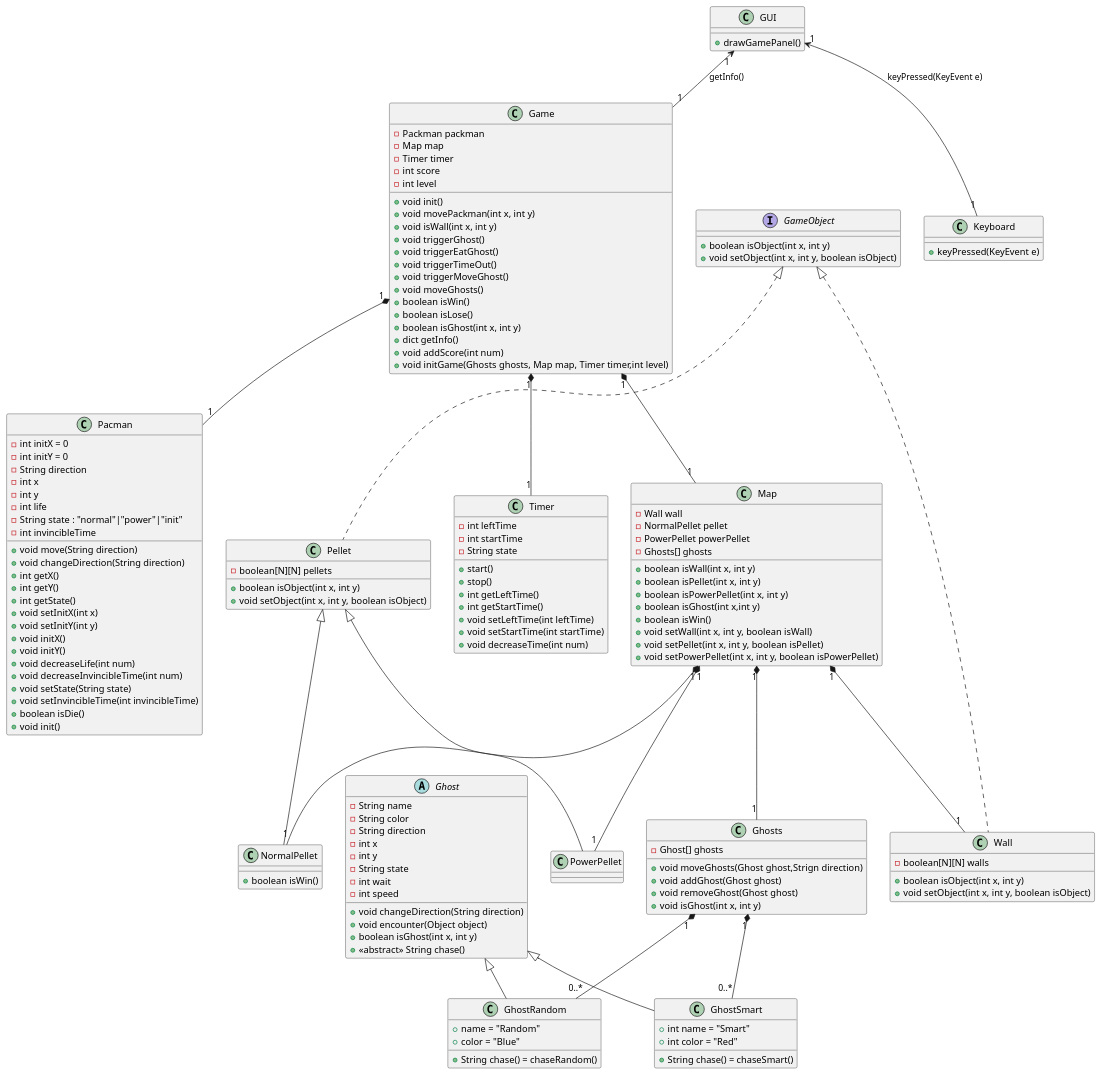
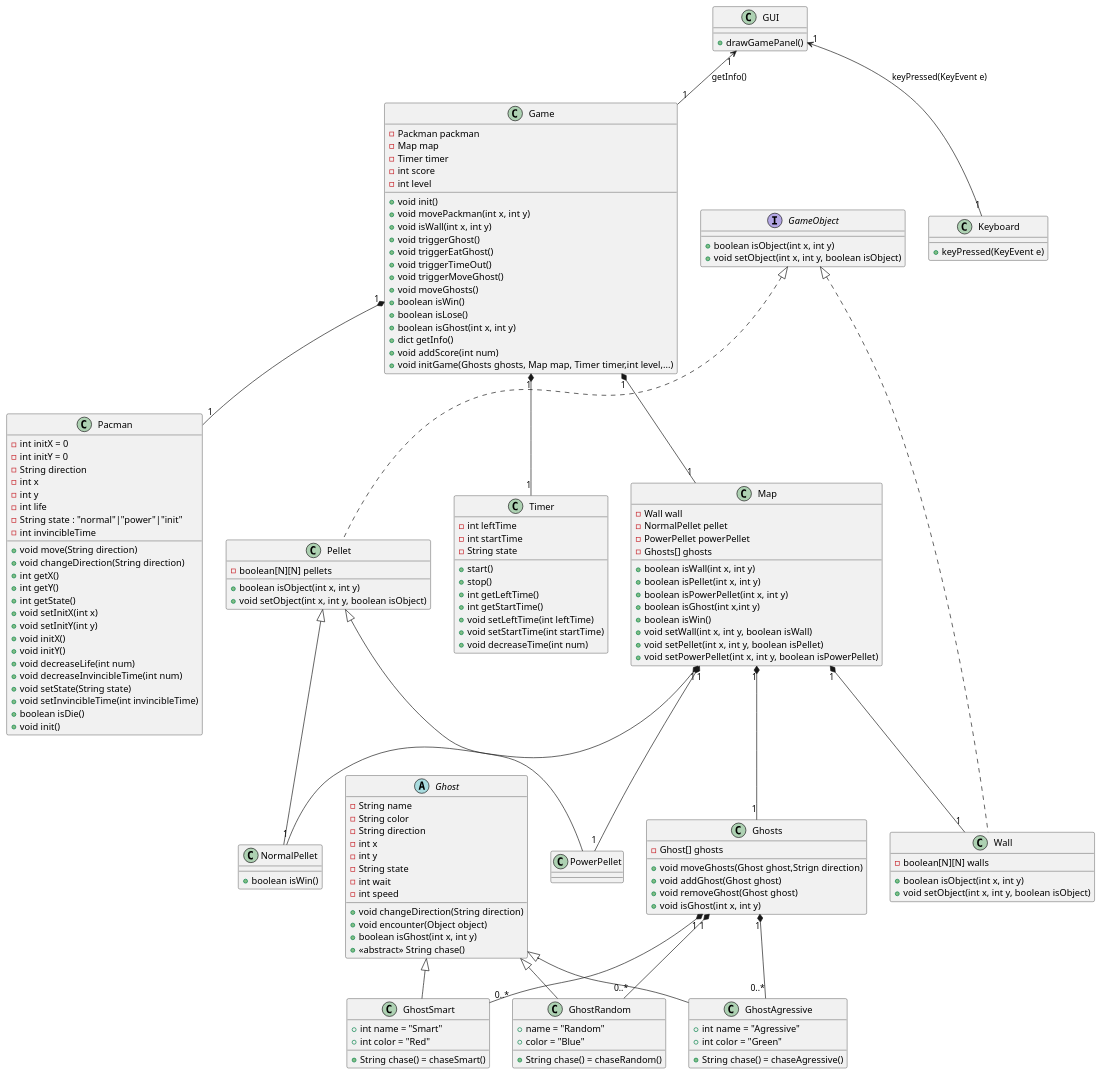
Before and after one commit to Tatsuya736482/reports: the diagram in CSCT361/midreport/pack.puml, drawn with PlantUML. The commit also changed 2 other files, not shown here.

```diff
--- a/CSCT361/midreport/pack.puml
+++ b/CSCT361/midreport/pack.puml
@@ -1,168 +1,174 @@
-@startuml
+@startuml pacman
+class Game{
+    -Packman packman
+    -Map map
+    -Timer timer
+    -int score
+    -int level
+    + void init()
+    + void movePackman(int x, int y)
+    + void isWall(int x, int y)
+    + void triggerGhost()
+    + void triggerEatGhost()
+    + void triggerTimeOut()
+    + void triggerMoveGhost()
+    + void moveGhosts()
+    + boolean isWin()
+    + boolean isLose()
+    + boolean isGhost(int x, int y)
+    + dict getInfo()
+    + void addScore(int num)
+    + void initGame(Ghosts ghosts, Map map, Timer timer,int level,...)
+}
+
+abstract class Ghost {
+    - String name
+    - String color
+    - String direction
+    - int x
+    - int y
+    - String state
+    - int wait
+    - int speed
+    + void changeDirection(String direction)
+    + void encounter(Object object)
+    + boolean isGhost(int x, int y)
+    +<< abstract>> String chase()
+}
 
 class Pacman {
     - int initX = 0
     - int initY = 0
     - String direction
     - int x
     - int y
     - int life
     - String state : "normal"|"power"|"init"
     - int invincibleTime 
     + void move(String direction)
     + void changeDirection(String direction)
     + int getX()
     + int getY()
     + int getState()
     + void setInitX(int x)
     + void setInitY(int y)
     + void initX()
     + void initY()
     + void decreaseLife(int num)
     + void decreaseInvincibleTime(int num)
     + void setState(String state)
     + void setInvincibleTime(int invincibleTime)
     + boolean isDie()
     + void init()
 }
 
 
-abstract class Ghost {
-    - String name
-    - String color
-    - String direction
-    - int x
-    - int y
-    - String state
-    - int wait
-    - int speed
-    + void changeDirection(String direction)
-    + void encounter(Object object)
-    + boolean isGhost(int x, int y)
-    +<< abstract>> String chase()
-}
 
 class GhostRandom{
     +name = "Random"
     +color = "Blue"
     +String chase() = chaseRandom()
 }
 
 class GhostSmart{
     +int name = "Smart"
     +int color = "Red"
     +String chase() = chaseSmart()
+}
+
+class GhostAgressive{
+    +int name = "Agressive"
+    +int color = "Green"
+    +String chase() = chaseAgressive()
 }
 
 interface GameObject {
     + boolean isObject(int x, int y)
     + void setObject(int x, int y, boolean isObject)
 }
 class Wall {
     - boolean[N][N] walls
     + boolean isObject(int x, int y)
     + void setObject(int x, int y, boolean isObject)
 }
 class Pellet {
     - boolean[N][N] pellets
     + boolean isObject(int x, int y)
     + void setObject(int x, int y, boolean isObject)
 }
 
 
 class NormalPellet{
     +boolean isWin()
 }
 
 class PowerPellet{
 }
 
 class GUI{
     +drawGamePanel()
 }
 
 class Timer{
     -int leftTime
     -int startTime
     -String state
     +start()
     +stop()
     +int getLeftTime()
     +int getStartTime()
     +void setLeftTime(int leftTime)
     +void setStartTime(int startTime)
     +void decreaseTime(int num)
 
 }
 
 class Map{
     -Wall wall
     -NormalPellet pellet
     -PowerPellet powerPellet
     -Ghosts[] ghosts
     +boolean isWall(int x, int y)
     +boolean isPellet(int x, int y)
     +boolean isPowerPellet(int x, int y)
     +boolean isGhost(int x,int y)
     +boolean isWin()
     +void setWall(int x, int y, boolean isWall)
     +void setPellet(int x, int y, boolean isPellet)
     +void setPowerPellet(int x, int y, boolean isPowerPellet)
 
 }
 
 class Ghosts{
     -Ghost[] ghosts
     +void moveGhosts(Ghost ghost,Strign direction)
     +void addGhost(Ghost ghost)
     +void removeGhost(Ghost ghost)
     +void isGhost(int x, int y)
 }
 
 
-
-class Game{
-    -Packman packman
-    -Map map
-    -Timer timer
-    -int score
-    -int level
-    + void init()
-    + void movePackman(int x, int y)
-    + void isWall(int x, int y)
-    + void triggerGhost()
-    + void triggerEatGhost()
-    + void triggerTimeOut()
-    + void triggerMoveGhost()
-    + void moveGhosts()
-    + boolean isWin()
-    + boolean isLose()
-    + boolean isGhost(int x, int y)
-    + dict getInfo()
-    + void addScore(int num)
-    + void initGame(Ghosts ghosts, Map map, Timer timer,int level)
-}
-
 class Keyboard{
     +keyPressed(KeyEvent e)
 }
 
+Pellet <|-- NormalPellet
+Pellet <|-- PowerPellet
+Map "1"*--"1" NormalPellet
+Map "1"*--"1" PowerPellet
 Game "1"*--"1" Pacman 
 Game "1"*--"1" Map
 Game "1"*--"1" Timer
 Ghosts "1"*--"0..*" GhostSmart
 Ghosts "1"*--"0..*" GhostRandom
+Ghosts "1"*--"0..*" GhostAgressive
 Map "1"*--"1" Wall
-Map "1"*--"1" NormalPellet
-Map "1"*--"1" PowerPellet
 Map "1"*--"1" Ghosts
 Ghost <|-- GhostRandom
 Ghost <|-- GhostSmart
-Pellet <|-- NormalPellet
-Pellet <|-- PowerPellet
-
+Ghost <|-- GhostAgressive
 GUI "1"<--"1" Game:getInfo()
 GUI "1"<--"1" Keyboard:keyPressed(KeyEvent e)
 GameObject <|.. Wall
 GameObject <|.. Pellet
 @enduml
```
